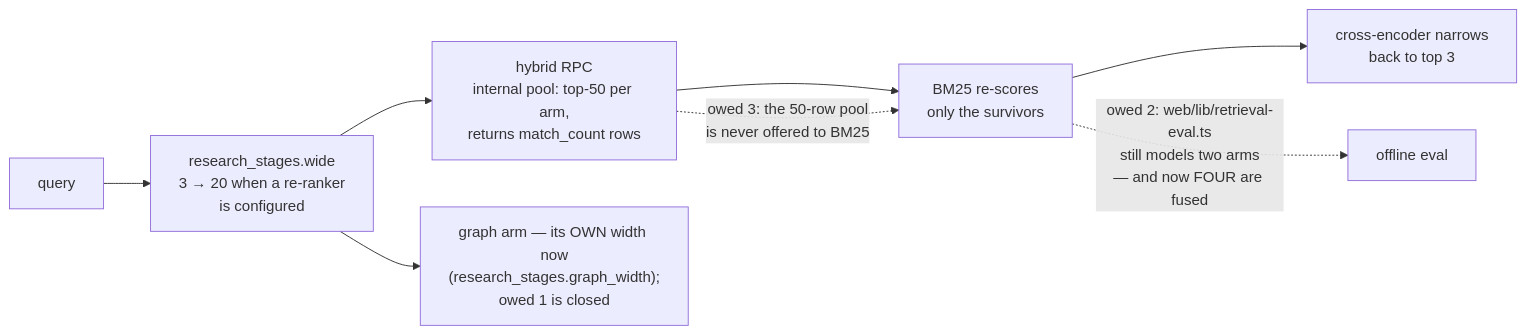
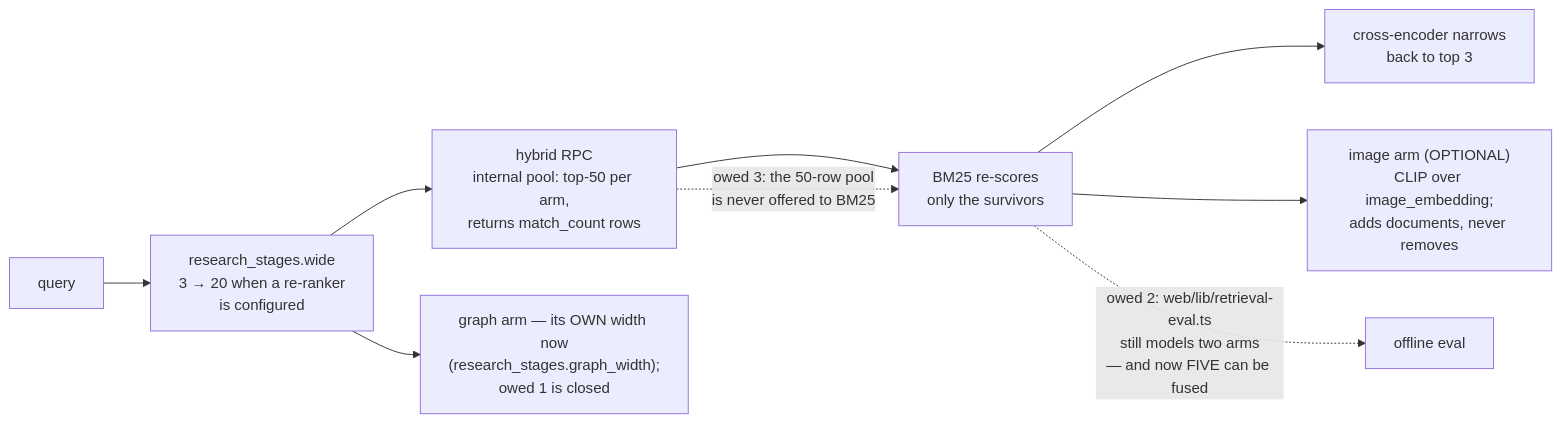
One commit to Manutd1234/AlphaEngine changed the diagram in docs/planning/PLAN.md. Above: the diagram before and after it, drawn with Mermaid. The commit also changed other lines of this file and 23 other files, not shown here.

````diff
--- a/docs/planning/PLAN.md
+++ b/docs/planning/PLAN.md
@@ -96,10 +116,11 @@
 ```mermaid
 flowchart LR
     Q["query"] --> W["research_stages.wide<br/>3 → 20 when a re-ranker<br/>is configured"]
     W --> H["hybrid RPC<br/>internal pool: top-50 per arm,<br/>returns match_count rows"]
     W --> G["graph arm — its OWN width now<br/>(research_stages.graph_width);<br/>owed 1 is closed"]
     H --> B["BM25 re-scores<br/>only the survivors"]
     H -. "owed 3: the 50-row pool<br/>is never offered to BM25" .-> B
     B --> R["cross-encoder narrows<br/>back to top 3"]
-    B -. "owed 2: web/lib/retrieval-eval.ts<br/>still models two arms<br/>— and now FOUR are fused" .-> E["offline eval"]
+    B --> I["image arm (OPTIONAL)<br/>CLIP over image_embedding;<br/>adds documents, never removes"]
+    B -. "owed 2: web/lib/retrieval-eval.ts<br/>still models two arms<br/>— and now FIVE can be fused" .-> E["offline eval"]
 ```
````
